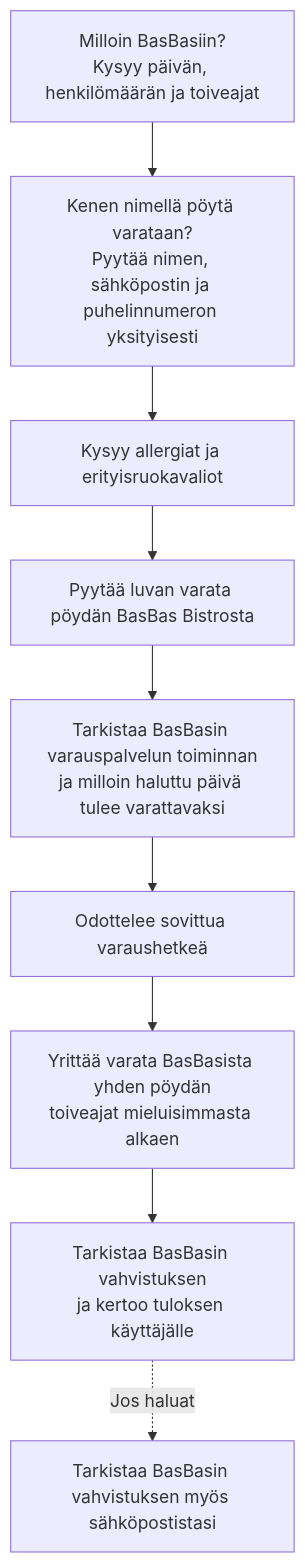
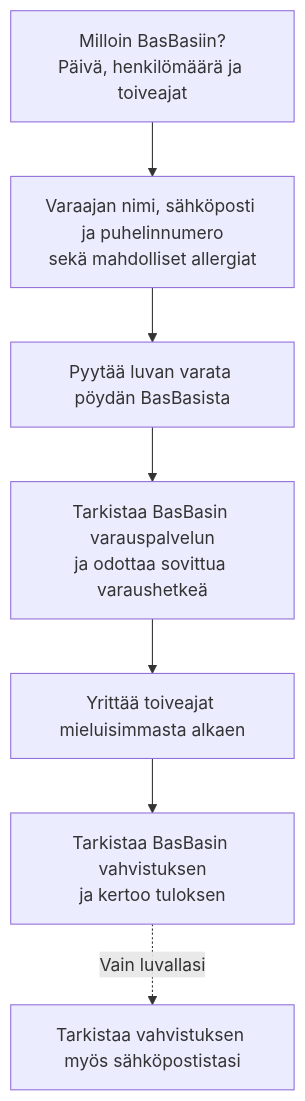
One commit to ilpojohannes/basbas-booking-skill changed the diagram in README.md. Above: the diagram before and after it, drawn with Mermaid. The commit also changed other lines of this file, not shown here.

````diff
--- a/README.md
+++ b/README.md
@@ -9,11 +7,9 @@
 ```mermaid
 flowchart TD
-    A["Milloin BasBasiin?<br/>Kysyy päivän, henkilömäärän ja toiveajat"] --> B["Kenen nimellä pöytä varataan?<br/>Pyytää nimen, sähköpostin ja puhelinnumeron yksityisesti"]
-    B --> C["Kysyy allergiat ja erityisruokavaliot"]
-    C --> D["Pyytää luvan varata pöydän BasBas Bistrosta"]
-    D --> E["Tarkistaa BasBasin varauspalvelun toiminnan<br/>ja milloin haluttu päivä tulee varattavaksi"]
-    E --> F["Odottelee sovittua varaushetkeä"]
-    F --> G["Yrittää varata BasBasista yhden pöydän<br/>toiveajat mieluisimmasta alkaen"]
-    G --> H["Tarkistaa BasBasin vahvistuksen<br/>ja kertoo tuloksen käyttäjälle"]
-    H -. "Jos haluat" .-> I["Tarkistaa BasBasin vahvistuksen myös sähköpostistasi"]
+    A["Milloin BasBasiin?<br/>Päivä, henkilömäärä ja toiveajat"] --> B["Varaajan nimi, sähköposti ja puhelinnumero<br/>sekä mahdolliset allergiat"]
+    B --> C["Pyytää luvan varata pöydän BasBasista"]
+    C --> D["Tarkistaa BasBasin varauspalvelun<br/>ja odottaa sovittua varaushetkeä"]
+    D --> E["Yrittää toiveajat mieluisimmasta alkaen"]
+    E --> F["Tarkistaa BasBasin vahvistuksen<br/>ja kertoo tuloksen"]
+    F -. "Vain luvallasi" .-> G["Tarkistaa vahvistuksen myös sähköpostistasi"]
 ```
````
